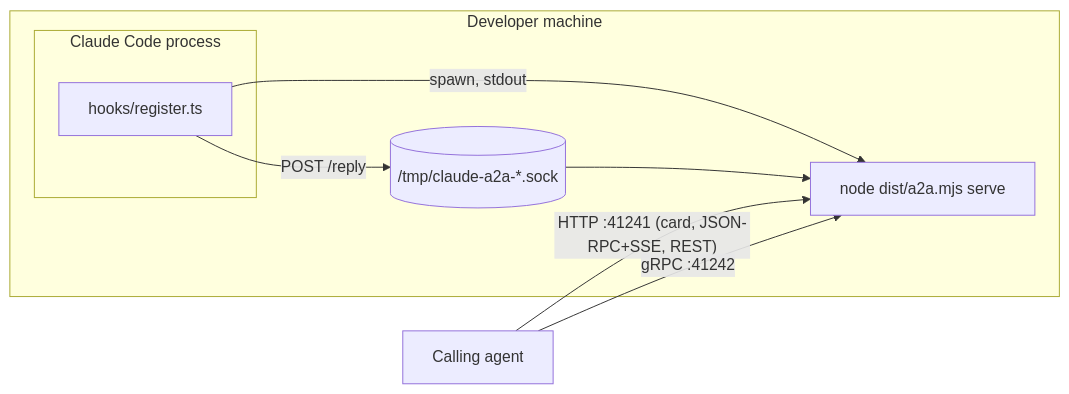
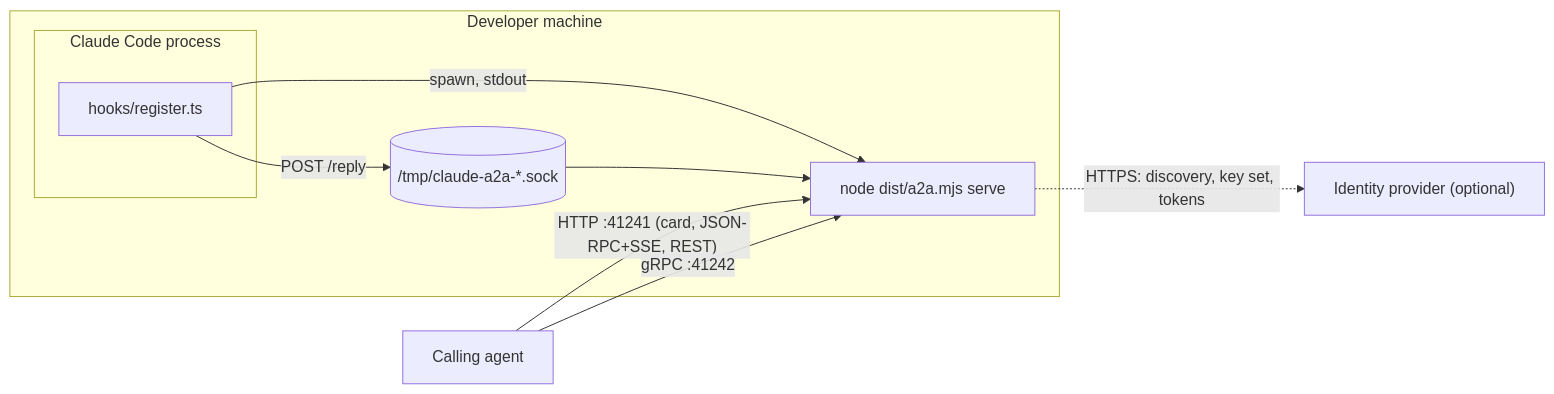
One commit to fulgas/claude-a2a changed the sixth of 6 diagrams in docs/architecture.md. Above: the diagram before and after it, drawn with Mermaid. The commit also changed other lines of this file, not shown here.

First line of the commit message:
docs(architecture): authentication and limits in the diagrams, decisions, risks and glossary

````diff
--- a/docs/architecture.md
+++ b/docs/architecture.md
@@ -188,14 +215,16 @@
 ```mermaid
 flowchart LR
   subgraph machine["Developer machine"]
     subgraph cc["Claude Code process"]
       mod["hooks/register.ts"]
     end
     bridge["node dist/a2a.mjs serve"]
     sock[("/tmp/claude-a2a-*.sock")]
     mod -- spawn, stdout --> bridge
     mod -- POST /reply --> sock --> bridge
   end
   caller["Calling agent"] -- "HTTP :41241 (card, JSON-RPC+SSE, REST)" --> bridge
   caller -- "gRPC :41242" --> bridge
+  idp["Identity provider (optional)"]
+  bridge -. "HTTPS: discovery, key set, tokens" .-> idp
 ```
````
